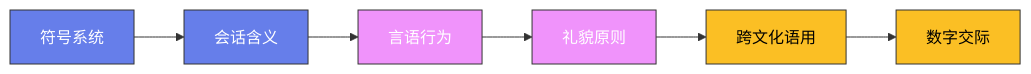
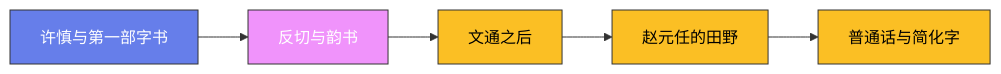
The diagram in content/posts/ModelCreate/语言学/19-中国语言学史.md (Fengur/Fengur.github.io), drawn with Mermaid before and after one commit. The commit also changed other lines of this file and 505 other files, not shown here.

First line of the commit message:
content(blog): ModelCreate 全站质量修复——front matter 补全、占位图修复、事实错误修正、注水文重写

````diff
--- a/content/posts/ModelCreate/语言学/19-中国语言学史.md
+++ b/content/posts/ModelCreate/语言学/19-中国语言学史.md
@@ -35,16 +38,21 @@
 ```mermaid
 graph LR
-    A["符号系统"] --> B["会话含义"]
-    B --> C["言语行为"]
-    C --> D["礼貌原则"]
-    D --> E["跨文化语用"]
-    E --> F["数字交际"]
+    A["许慎与第一部字书"]
+    B["反切与韵书"]
+    C["文通之后"]
+    D["赵元任的田野"]
+    E["普通话与简化字"]
+
+    A --> B
+    B --> C
+    C --> D
+    D --> E
 
     classDef early fill:#667eea,stroke:#333,color:white
     classDef mid fill:#f093fb,stroke:#333,color:white
     classDef modern fill:#fbbf24,stroke:#333,color:black
 
-    class A,B early
-    class C,D mid
-    class E,F modern
+    class A early
+    class B mid
+    class C,D,E modern
 ```
````
